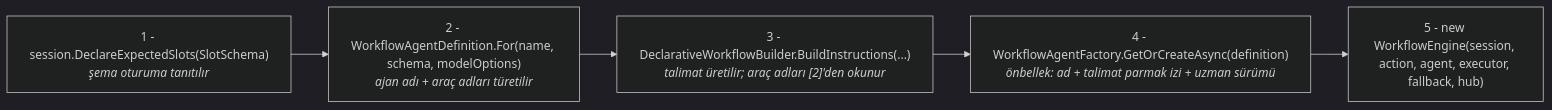
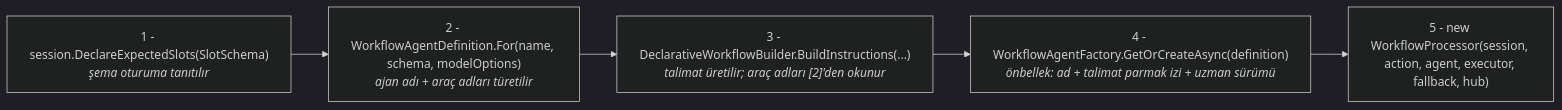
One commit to Boran-Sert/Bank-_Agentic changed the fifth of 9 diagrams in ANALIZ.md. Above: the diagram before and after it, drawn with Mermaid (dark theme). The commit also changed other lines of this file, not shown here.

````diff
--- a/ANALIZ.md
+++ b/ANALIZ.md
@@ -485,13 +485,13 @@
 ```mermaid
 flowchart LR
     A["1 - session.DeclareExpectedSlots(SlotSchema)<br/><i>şema oturuma tanıtılır</i>"]
     B["2 - WorkflowAgentDefinition.For(name, schema, modelOptions)<br/><i>ajan adı + araç adları türetilir</i>"]
     C["3 - DeclarativeWorkflowBuilder.BuildInstructions(...)<br/><i>talimat üretilir; araç adları [2]'den okunur</i>"]
     D["4 - WorkflowAgentFactory.GetOrCreateAsync(definition)<br/><i>önbellek: ad + talimat parmak izi + uzman sürümü</i>"]
-    E["5 - new WorkflowEngine(session, action, agent, executor, fallback, hub)"]
+    E["5 - new WorkflowProcessor(session, action, agent, executor, fallback, hub)"]
 
     A --> B
     B --> C
     C --> D
     D --> E
 ```
````
